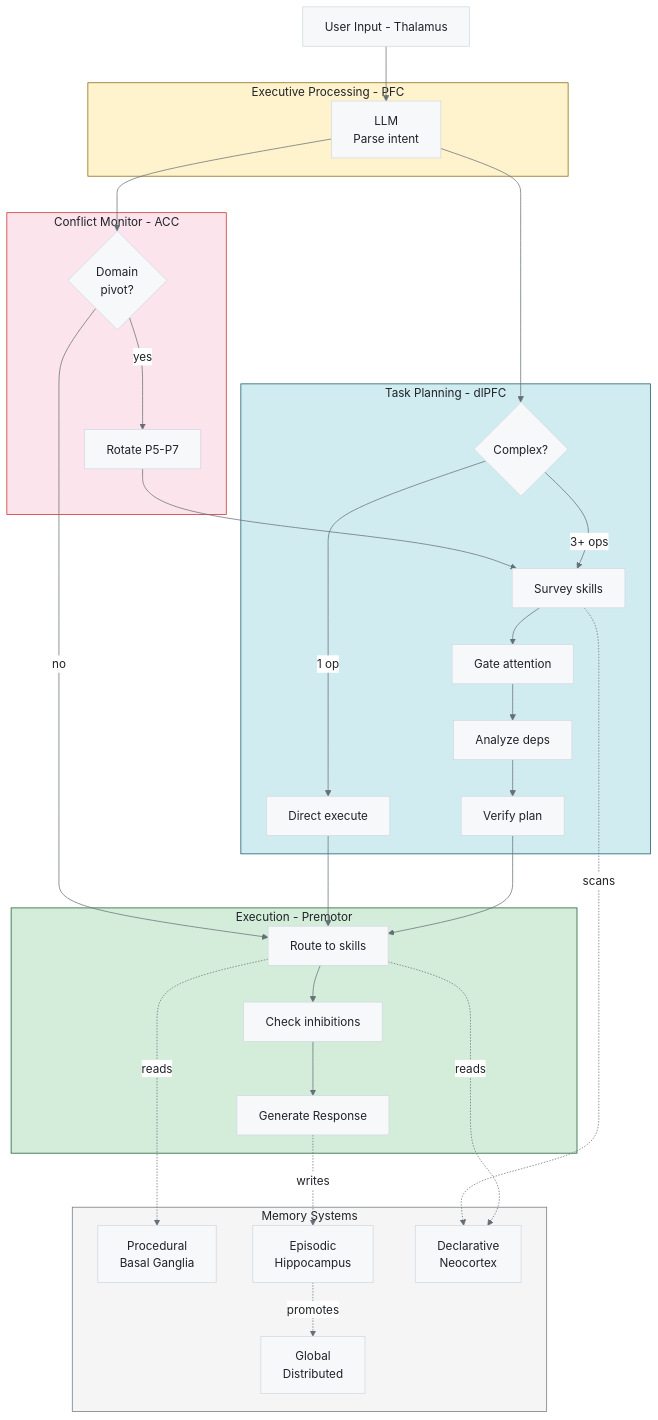
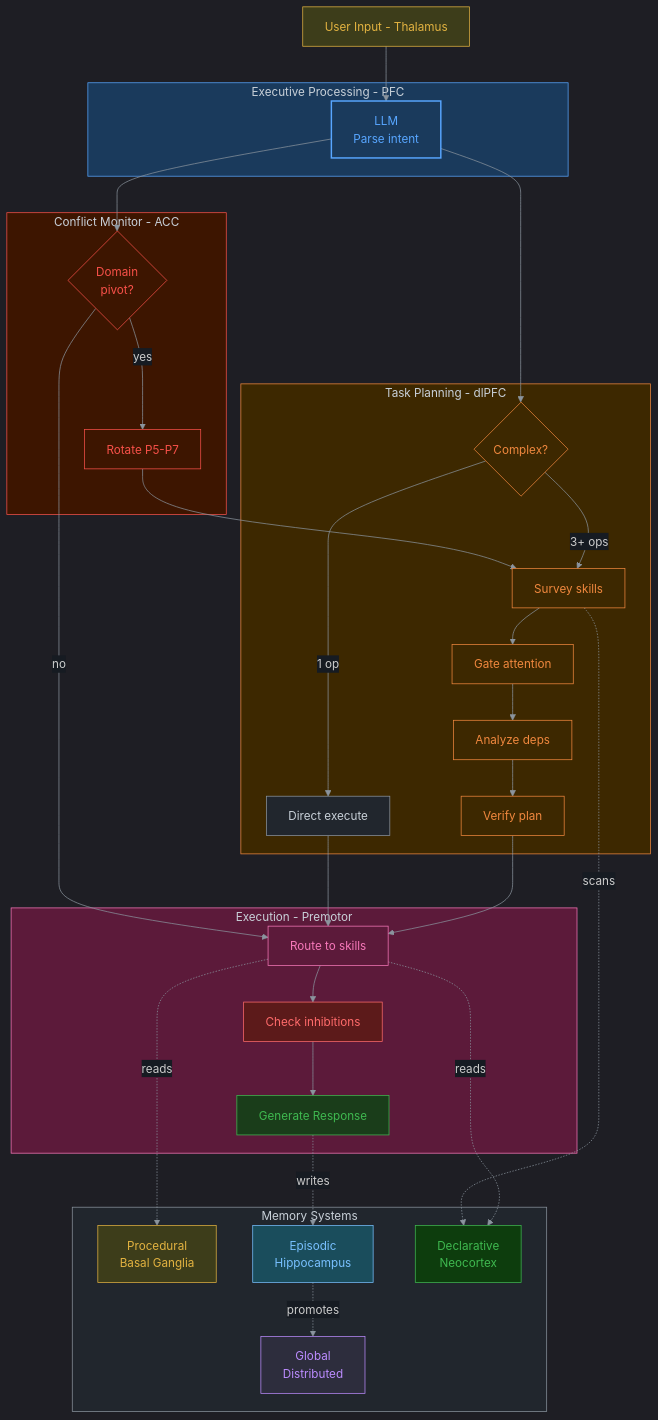
The second of 3 diagrams in alex_docs/architecture/NEUROANATOMICAL-MAPPING.md (fabioc-aloha/Alex_Plug_In), drawn with Mermaid before and after one commit. The commit also changed other lines of this file, not shown here.

First line of the commit message:
style: polish Mermaid diagrams with Alex dark brain palette

````diff
--- a/alex_docs/architecture/NEUROANATOMICAL-MAPPING.md
+++ b/alex_docs/architecture/NEUROANATOMICAL-MAPPING.md
@@ -383,57 +402,77 @@
 ```mermaid
-%%{init: {'theme': 'base', 'themeVariables': { 'primaryColor': '#f6f8fa', 'primaryTextColor': '#1f2328', 'primaryBorderColor': '#d1d9e0', 'lineColor': '#656d76', 'secondaryColor': '#f6f8fa', 'tertiaryColor': '#ffffff', 'background': '#ffffff', 'mainBkg': '#f6f8fa', 'nodeBorder': '#d1d9e0', 'clusterBkg': '#f6f8fa', 'clusterBorder': '#d1d9e0', 'titleColor': '#1f2328', 'edgeLabelBackground': '#ffffff'}}}%%
+%%{init: {'theme': 'dark', 'themeVariables': { 'primaryColor': '#161b22', 'primaryTextColor': '#c9d1d9', 'primaryBorderColor': '#30363d', 'lineColor': '#8b949e', 'secondaryColor': '#21262d', 'tertiaryColor': '#0d1117', 'background': '#0d1117', 'mainBkg': '#161b22', 'nodeBorder': '#30363d', 'clusterBkg': '#161b22', 'clusterBorder': '#30363d', 'titleColor': '#f0f6fc', 'edgeLabelBackground': '#161b22'}}}%%
 flowchart TB
     INPUT["User Input - Thalamus"]
 
     subgraph EXEC["Executive Processing - PFC"]
         LLM["LLM<br/>Parse intent"]
     end
 
     subgraph PLAN["Task Planning - dlPFC"]
         COMPLEX{"Complex?"}
         SSO_SURVEY["Survey skills"]
         SSO_GATE["Gate attention"]
         SSO_DEPS["Analyze deps"]
         SSO_VERIFY["Verify plan"]
         SIMPLE["Direct execute"]
     end
 
     subgraph MONITOR["Conflict Monitor - ACC"]
         PIVOT{"Domain<br/>pivot?"}
         SLOTS["Rotate P5-P7"]
     end
 
     subgraph EXECUTE["Execution - Premotor"]
         ROUTE["Route to skills"]
         INHIBIT["Check inhibitions"]
         OUTPUT["Generate Response"]
     end
 
     subgraph MEMORY["Memory Systems"]
         PROC["Procedural<br/>Basal Ganglia"]
         EPIS["Episodic<br/>Hippocampus"]
         DECL["Declarative<br/>Neocortex"]
         GLOB["Global<br/>Distributed"]
     end
 
     INPUT --> LLM
     LLM --> COMPLEX
     COMPLEX -->|"3+ ops"| SSO_SURVEY --> SSO_GATE --> SSO_DEPS --> SSO_VERIFY --> ROUTE
     COMPLEX -->|"1 op"| SIMPLE --> ROUTE
     LLM --> PIVOT
     PIVOT -->|"yes"| SLOTS --> SSO_SURVEY
     PIVOT -->|"no"| ROUTE
     ROUTE --> INHIBIT --> OUTPUT
 
     ROUTE -.->|"reads"| PROC
     ROUTE -.->|"reads"| DECL
     SSO_SURVEY -.->|"scans"| DECL
     OUTPUT -.->|"writes"| EPIS
     EPIS -.->|"promotes"| GLOB
 
-    style EXEC fill:#fff3cd,stroke:#856404,color:#1f2328
-    style PLAN fill:#d1ecf1,stroke:#0c5460,color:#1f2328
-    style MONITOR fill:#fce4ec,stroke:#c62828,color:#1f2328
-    style EXECUTE fill:#d4edda,stroke:#155724,color:#1f2328
-    style MEMORY fill:#f5f5f5,stroke:#6c757d,color:#1f2328
+    %% Region styles - Alex brain palette
+    style EXEC fill:#1a3a5c,stroke:#58a6ff,color:#c9d1d9
+    style PLAN fill:#3d2800,stroke:#f0883e,color:#c9d1d9
+    style MONITOR fill:#3d1500,stroke:#f85149,color:#c9d1d9
+    style EXECUTE fill:#5c1a3a,stroke:#f778ba,color:#c9d1d9
+    style MEMORY fill:#21262d,stroke:#8b949e,color:#c9d1d9
+
+    %% Node highlights
+    style INPUT fill:#3d3d1a,stroke:#e3b341,color:#e3b341
+    style LLM fill:#1a3a5c,stroke:#58a6ff,color:#58a6ff,stroke-width:2px
+    style COMPLEX fill:#3d2800,stroke:#f0883e,color:#f0883e
+    style SSO_SURVEY fill:#3d2800,stroke:#f0883e,color:#f0883e
+    style SSO_GATE fill:#3d2800,stroke:#f0883e,color:#f0883e
+    style SSO_DEPS fill:#3d2800,stroke:#f0883e,color:#f0883e
+    style SSO_VERIFY fill:#3d2800,stroke:#f0883e,color:#f0883e
+    style SIMPLE fill:#21262d,stroke:#8b949e,color:#c9d1d9
+    style PIVOT fill:#3d1500,stroke:#f85149,color:#f85149
+    style SLOTS fill:#3d1500,stroke:#f85149,color:#f85149
+    style ROUTE fill:#5c1a3a,stroke:#f778ba,color:#f778ba
+    style INHIBIT fill:#5c1a1a,stroke:#ff6b6b,color:#ff6b6b
+    style OUTPUT fill:#1a3d1a,stroke:#3fb950,color:#3fb950
+    style PROC fill:#3d3d1a,stroke:#e3b341,color:#e3b341
+    style EPIS fill:#1a4d5c,stroke:#79c0ff,color:#79c0ff
+    style DECL fill:#0d3d0d,stroke:#3fb950,color:#3fb950
+    style GLOB fill:#2d2d3d,stroke:#bc8cff,color:#bc8cff
 ```
````
